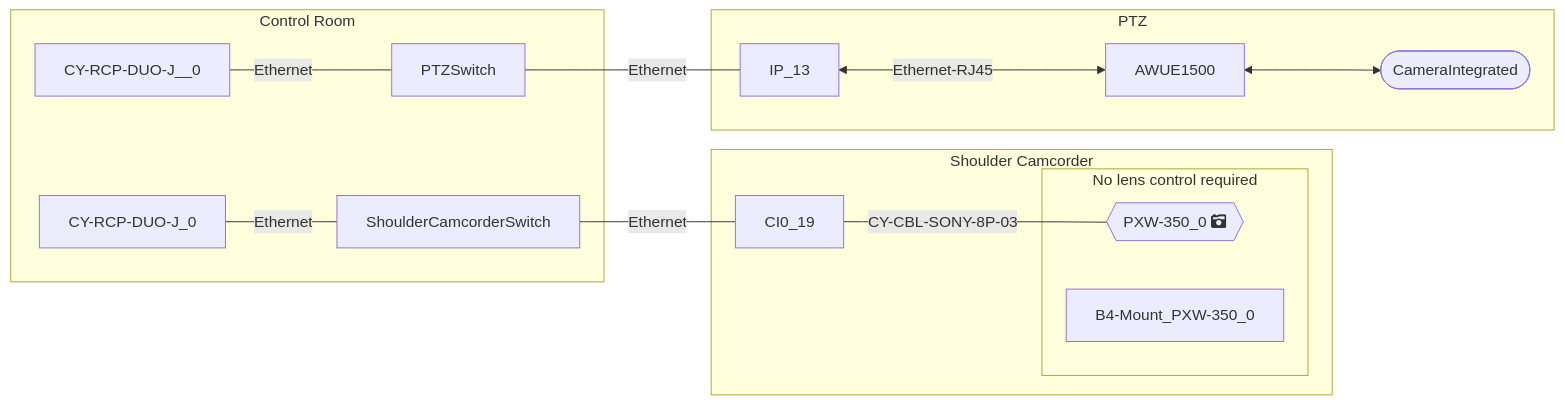
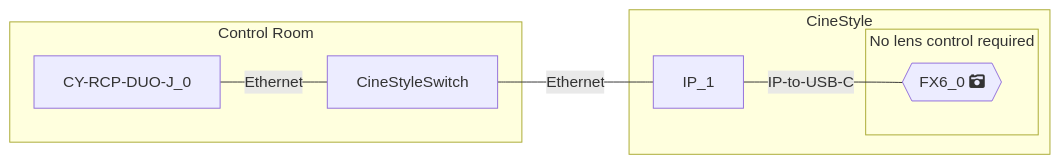
One commit to Rascarquapac/UIevaluation changed the diagram in debug/mermaid_code_obj.md. Above: the diagram before and after it, drawn with Mermaid. The commit also changed 15 other files, not shown here.

```diff
--- a/debug/mermaid_code_obj.md
+++ b/debug/mermaid_code_obj.md
@@ -1,21 +1,14 @@
 :::mermaid
 graph RL
-subgraph PTZ
-CameraIntegrated_AW-UE150_0([CameraIntegrated])<-->AW-UE150_0
-AW-UE150_0[AWUE1500]<-->|Ethernet-RJ45|IP_13
-end
-subgraph Shoulder Camcorder
-PXW-350_0{{"PXW-350_0 fa:fa-camera-retro"}}---|CY-CBL-SONY-8P-03|CI0_19
-  subgraph PXW-350_0_cameralens [No lens control required]
-    PXW-350_0
-    B4-Mount_PXW-350_0
+subgraph CineStyle
+FX6_0{{"FX6_0 fa:fa-camera-retro"}}---|IP-to-USB-C|IP_1
+  subgraph FX6_0_cameralens [No lens control required]
+    FX6_0
   end
 end
 subgraph "Control Room" 
-IP_13 --- |Ethernet|PTZSwitch
-CI0_19 --- |Ethernet|ShoulderCamcorderSwitch
-PTZSwitch --- |Ethernet|CY-RCP-DUO-J__0
-ShoulderCamcorderSwitch --- |Ethernet|CY-RCP-DUO-J_0
+IP_1 --- |Ethernet|CineStyleSwitch
+CineStyleSwitch --- |Ethernet|CY-RCP-DUO-J_0
 end
 
 :::
```
